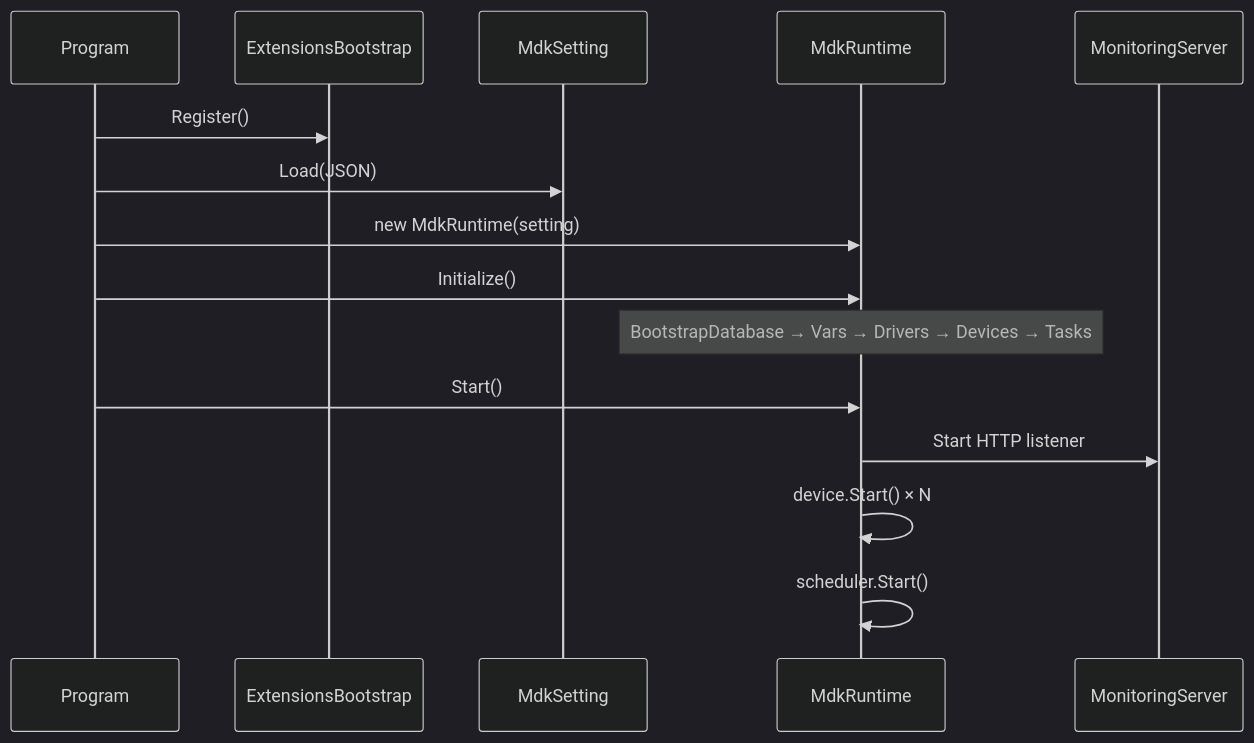
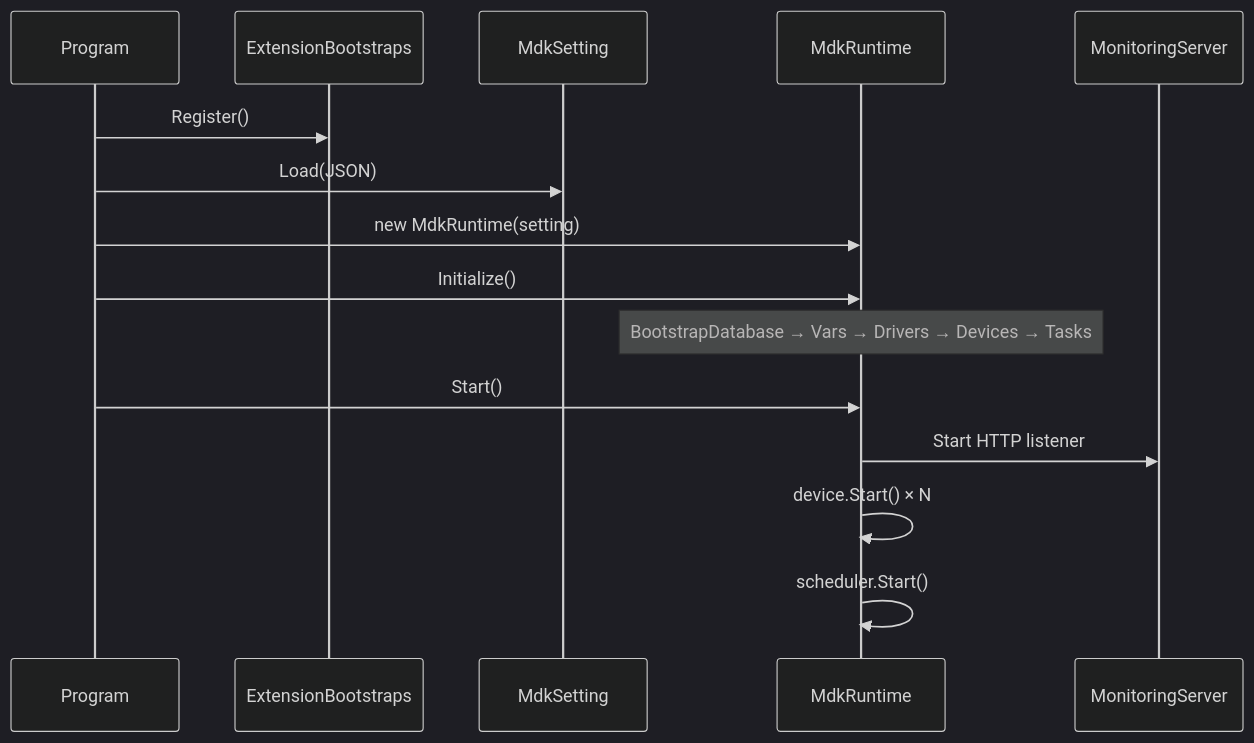
Before and after one commit to mdkoss/mdkoss: the second of 3 diagrams in docs/architecture.md, drawn with Mermaid (dark theme). The commit also changed other lines of this file and 205 other files, not shown here.

````diff
--- a/docs/architecture.md
+++ b/docs/architecture.md
@@ -89,18 +97,18 @@
 ```mermaid
 sequenceDiagram
     participant P as Program
-    participant E as ExtensionsBootstrap
+    participant E as ExtensionBootstraps
     participant S as MdkSetting
     participant R as MdkRuntime
     participant M as MonitoringServer
 
     P->>E: Register()
     P->>S: Load(JSON)
     P->>R: new MdkRuntime(setting)
     P->>R: Initialize()
     Note over R: BootstrapDatabase → Vars → Drivers → Devices → Tasks
     P->>R: Start()
     R->>M: Start HTTP listener
     R->>R: device.Start() × N
     R->>R: scheduler.Start()
 ```
````
